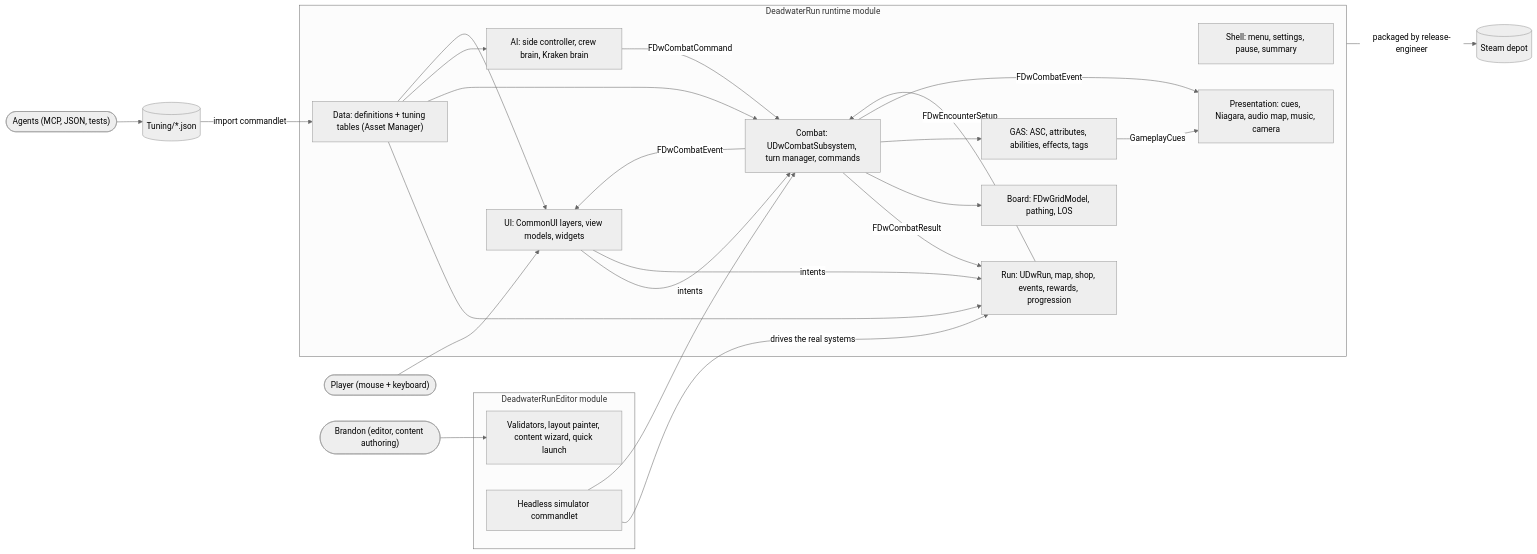
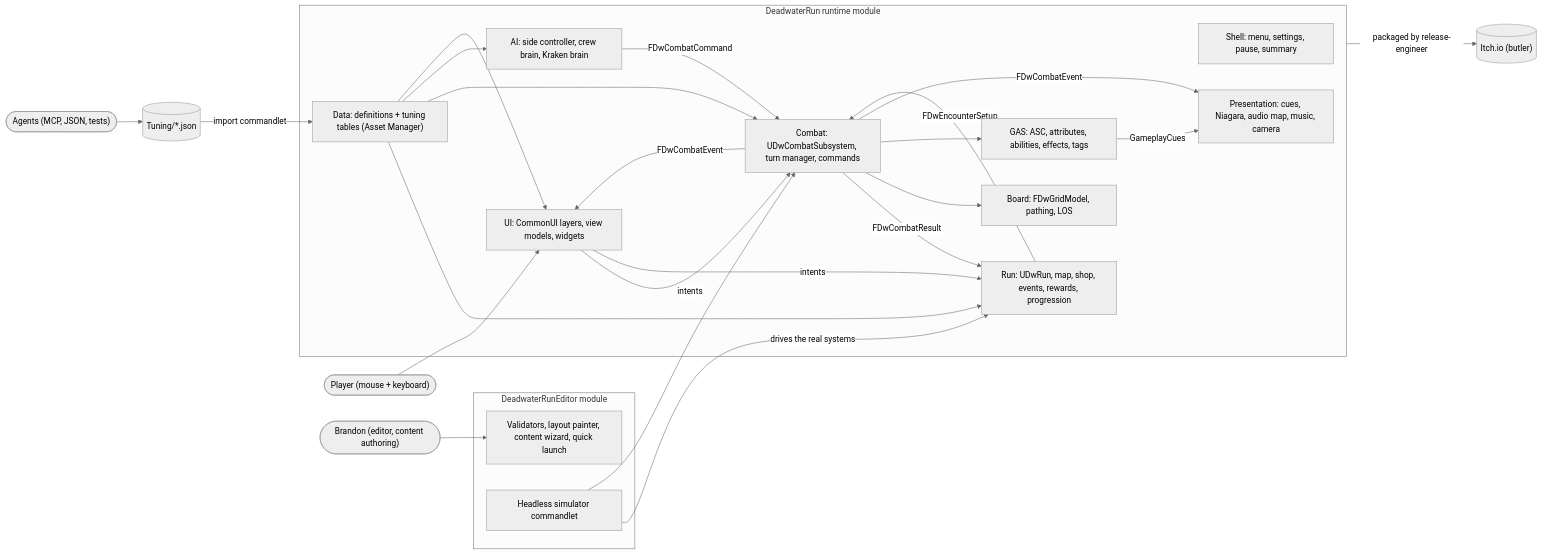
The first of 7 diagrams in Docs/Architecture/00-Overview.md (bhillig/deadwater-run), drawn with Mermaid (neutral theme) before and after one commit. The commit also changed other lines of this file and 14 other files, not shown here.

First line of the commit message:
Release moves to Itch.io, launch Thu Dec 3 (Brandon, 2026-11-20)

````diff
--- a/Docs/Architecture/00-Overview.md
+++ b/Docs/Architecture/00-Overview.md
@@ -55,48 +55,48 @@
 ```mermaid
 flowchart LR
     Player(["Player (mouse + keyboard)"])
     Brandon(["Brandon (editor, content authoring)"])
     Agents(["Agents (MCP, JSON, tests)"])
 
     subgraph Game["DeadwaterRun runtime module"]
         Shell["Shell: menu, settings, pause, summary"]
         Run["Run: UDwRun, map, shop, events, rewards, progression"]
         Combat["Combat: UDwCombatSubsystem, turn manager, commands"]
         Board["Board: FDwGridModel, pathing, LOS"]
         GAS["GAS: ASC, attributes, abilities, effects, tags"]
         AI["AI: side controller, crew brain, Kraken brain"]
         UI["UI: CommonUI layers, view models, widgets"]
         Pres["Presentation: cues, Niagara, audio map, music, camera"]
         Data["Data: definitions + tuning tables (Asset Manager)"]
     end
 
     subgraph Editor["DeadwaterRunEditor module"]
         Tools["Validators, layout painter, content wizard, quick launch"]
         Sim["Headless simulator commandlet"]
     end
 
     Tuning[("Tuning/*.json")]
-    Steam[("Steam depot")]
+    Itch[("Itch.io (butler)")]
 
     Player --> UI
     UI -->|"intents"| Combat
     UI -->|"intents"| Run
     Run -->|"FDwEncounterSetup"| Combat
     Combat -->|"FDwCombatResult"| Run
     Combat --> Board
     Combat --> GAS
     AI -->|"FDwCombatCommand"| Combat
     GAS -->|"GameplayCues"| Pres
     Combat -->|"FDwCombatEvent"| UI
     Combat -->|"FDwCombatEvent"| Pres
     Data --> Run
     Data --> Combat
     Data --> AI
     Data --> UI
     Brandon --> Tools
     Agents --> Tuning
     Tuning -->|"import commandlet"| Data
     Sim -->|"drives the real systems"| Run
     Sim --> Combat
-    Game -->|"packaged by release-engineer"| Steam
+    Game -->|"packaged by release-engineer"| Itch
 ```
````
